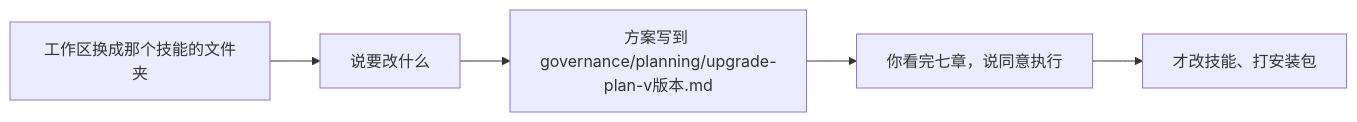
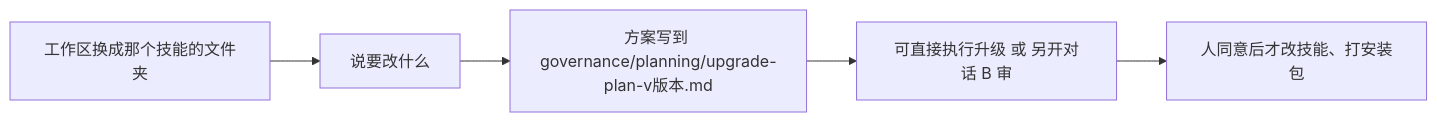
The second of 2 diagrams in examples/README.md (qiusuo0226/skill-devkit-skill), drawn with Mermaid before and after one commit. The commit also changed other lines of this file and 43 other files, not shown here.

````diff
--- a/examples/README.md
+++ b/examples/README.md
@@ -15,7 +15,7 @@
 ```mermaid
 flowchart LR
     F["工作区换成那个技能的文件夹"] --> G["说要改什么"]
     G --> H["方案写到 governance/planning/upgrade-plan-v版本.md"]
-    H --> I["你看完七章，说同意执行"]
-    I --> J["才改技能、打安装包"]
+    H --> I["可直接执行升级 或 另开对话 B 审"]
+    I --> J["人同意后才改技能、打安装包"]
 ```
````
